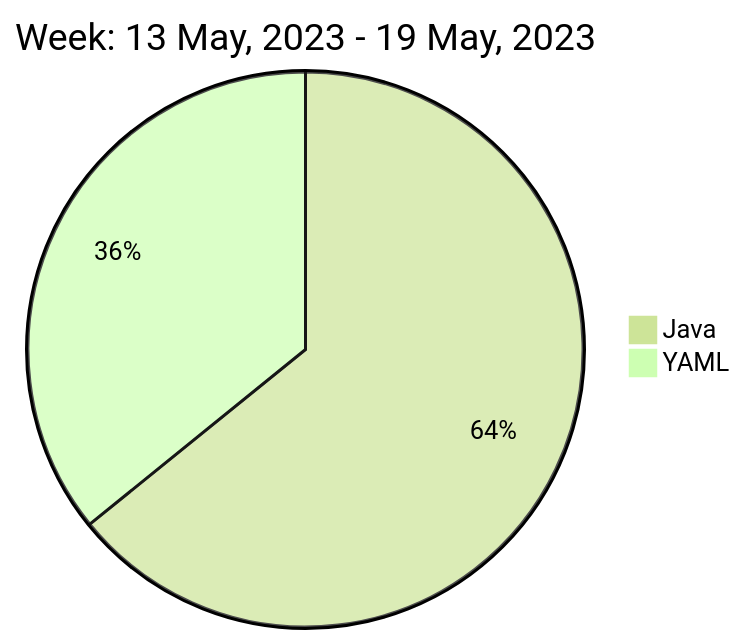
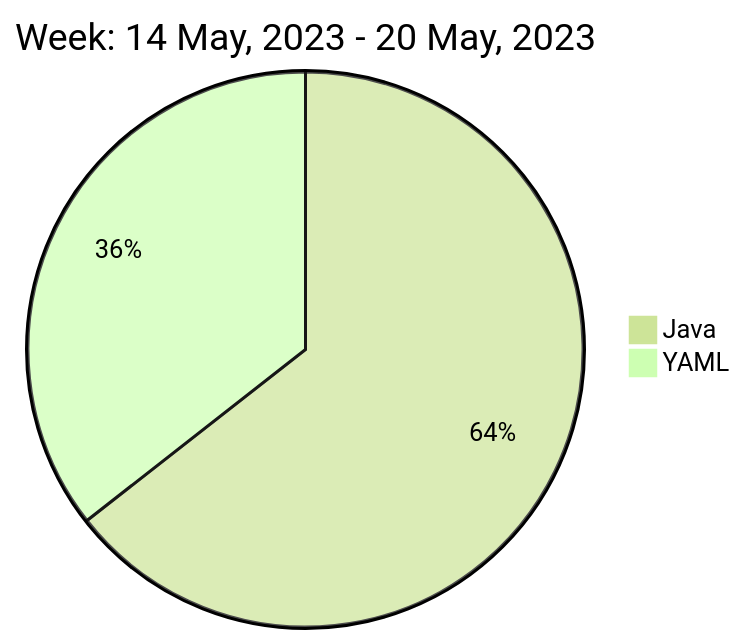
One commit to liubin95/liubin95 changed the diagram in README.md. Above: the diagram before and after it, drawn with Mermaid (forest theme).

Commit message:
Updated the Graph with new Metrics

````diff
--- a/README.md
+++ b/README.md
@@ -40,6 +40,6 @@
 ```mermaid
  pie
-title Week: 13 May, 2023 - 19 May, 2023
+title Week: 14 May, 2023 - 20 May, 2023
  "Java" : 7.88
- "YAML" : 4.4
+ "YAML" : 4.35
 ```
````
